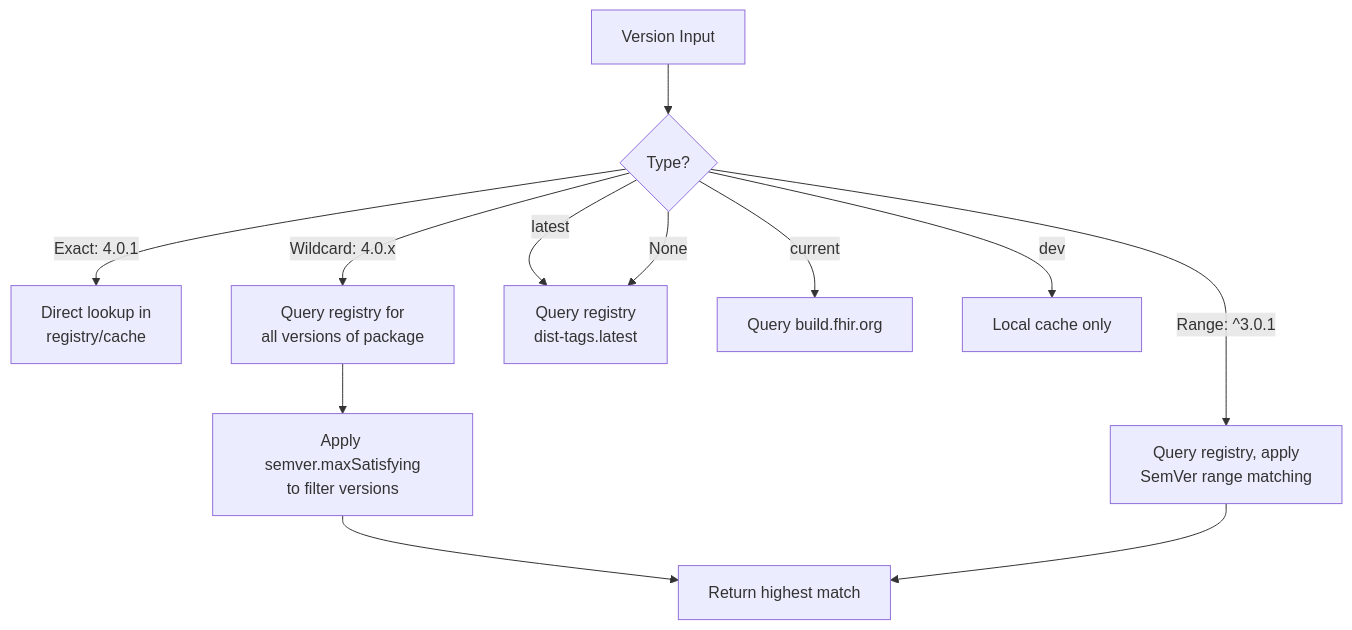
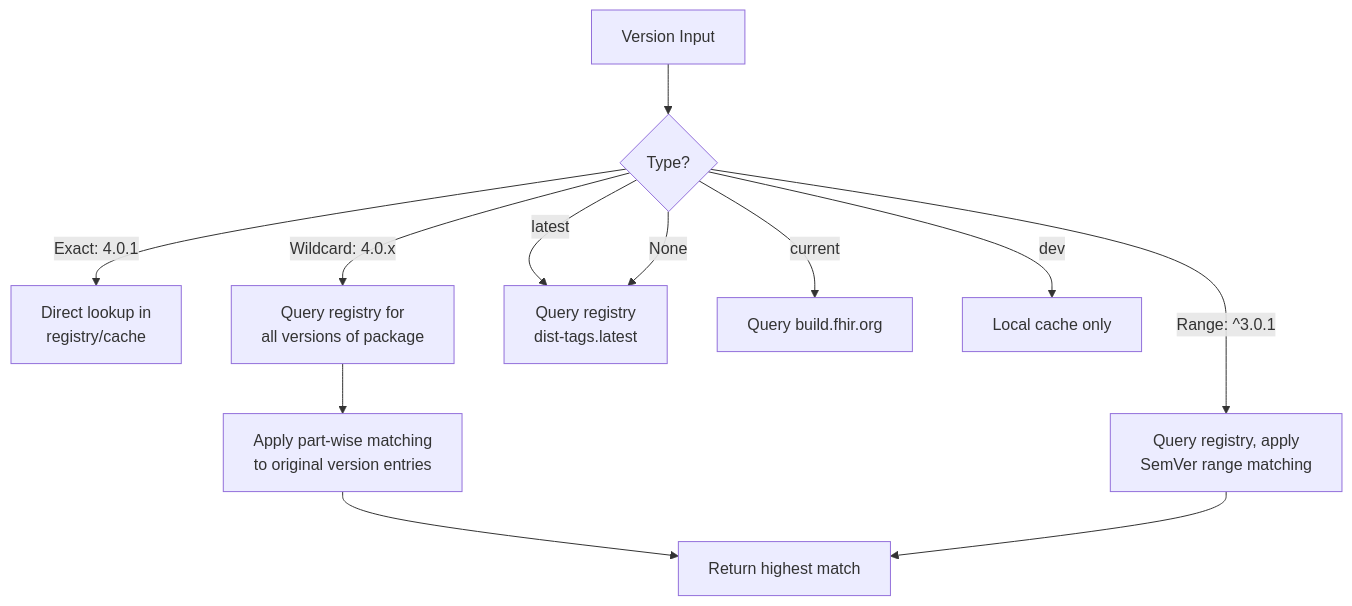
One commit to GinoCanessa/dotnet-fhir-packages changed the diagram in reference/versioning.md. Above: the diagram before and after it, drawn with Mermaid. The commit also changed other lines of this file and 8 other files, not shown here.

````diff
--- a/reference/versioning.md
+++ b/reference/versioning.md
@@ -159,14 +186,14 @@
 ```mermaid
 flowchart TD
     A[Version Input] --> B{Type?}
     B -->|Exact: 4.0.1| C[Direct lookup in<br/>registry/cache]
     B -->|Wildcard: 4.0.x| D[Query registry for<br/>all versions of package]
     B -->|latest| E[Query registry<br/>dist-tags.latest]
     B -->|current| F[Query build.fhir.org]
     B -->|dev| Fd[Local cache only]
     B -->|Range: ^3.0.1| G[Query registry, apply<br/>SemVer range matching]
     B -->|None| E
-    D --> H[Apply semver.maxSatisfying<br/>to filter versions]
+    D --> H[Apply part-wise matching<br/>to original version entries]
     H --> I[Return highest match]
     G --> I
 ```
````
